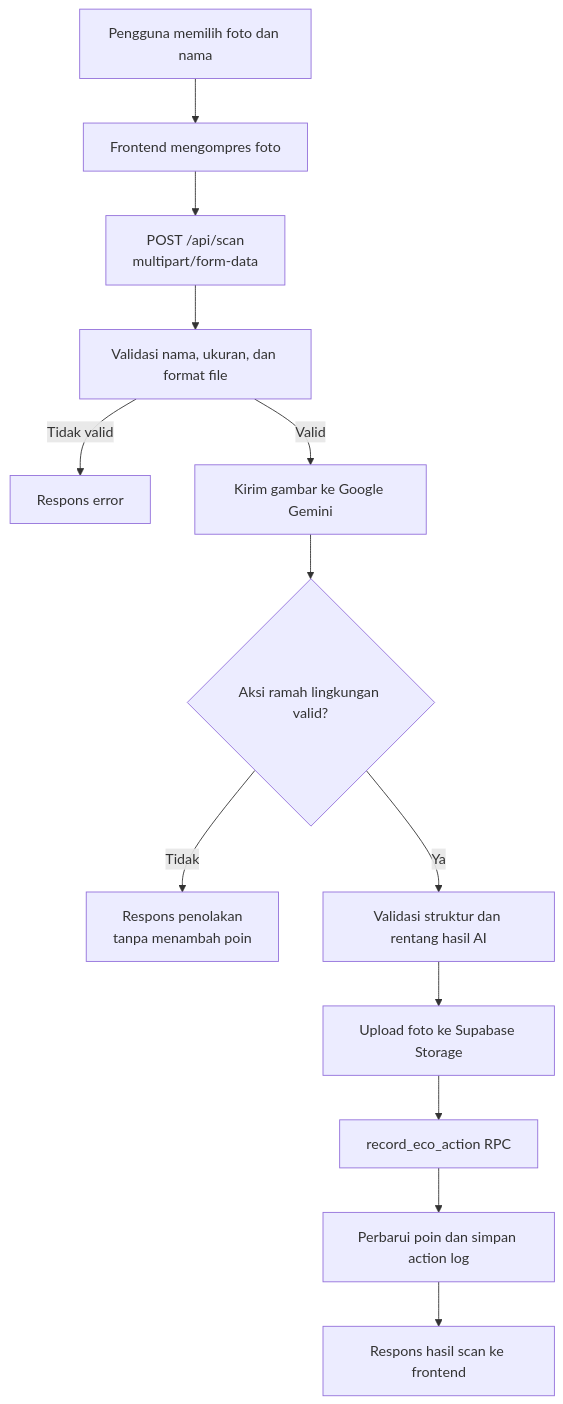
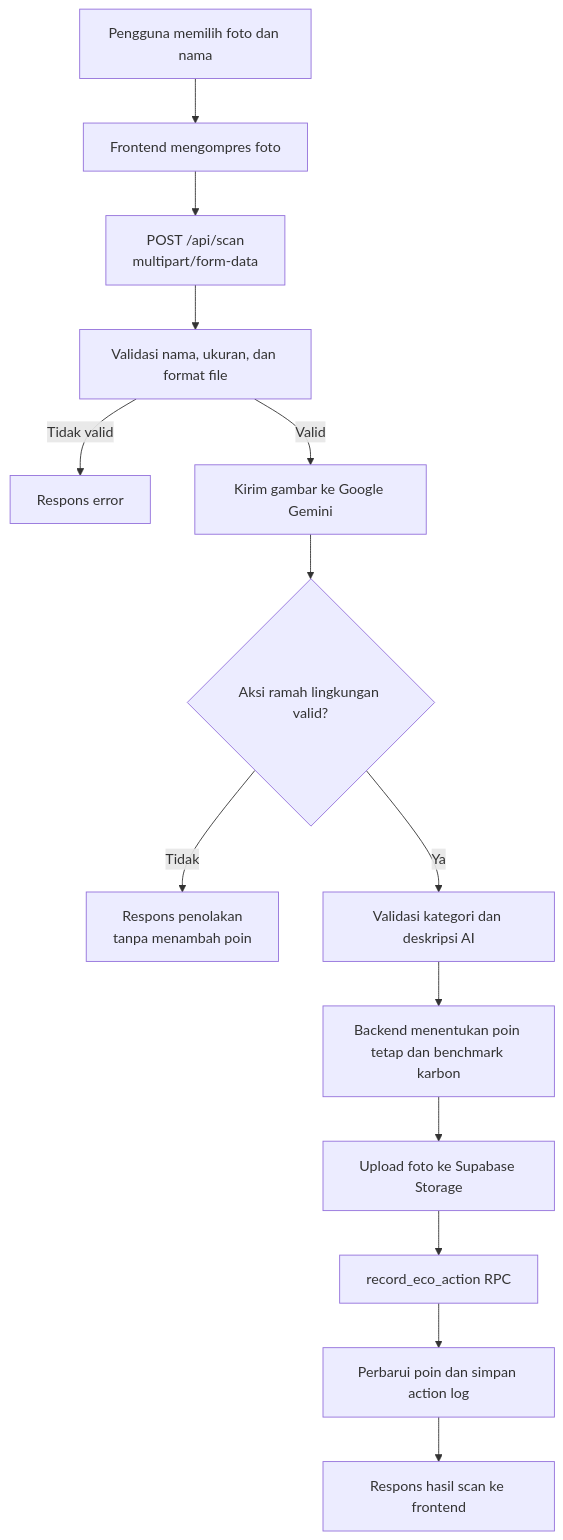
Before and after one commit to yosefin05/ecopassport: the second of 2 diagrams in README.md, drawn with Mermaid. The commit also changed other lines of this file and 6 other files, not shown here.

````diff
--- a/README.md
+++ b/README.md
@@ -86,15 +86,16 @@
 ```mermaid
 flowchart TD
     A[Pengguna memilih foto dan nama] --> B[Frontend mengompres foto]
     B --> C[POST /api/scan<br/>multipart/form-data]
     C --> D[Validasi nama, ukuran, dan format file]
     D -->|Tidak valid| E[Respons error]
     D -->|Valid| F[Kirim gambar ke Google Gemini]
     F --> G{Aksi ramah lingkungan valid?}
     G -->|Tidak| H[Respons penolakan<br/>tanpa menambah poin]
-    G -->|Ya| I[Validasi struktur dan rentang hasil AI]
-    I --> J[Upload foto ke Supabase Storage]
-    J --> K[record_eco_action RPC]
-    K --> L[Perbarui poin dan simpan action log]
-    L --> M[Respons hasil scan ke frontend]
+    G -->|Ya| I[Validasi kategori dan deskripsi AI]
+    I --> J[Backend menentukan poin tetap dan benchmark karbon]
+    J --> K[Upload foto ke Supabase Storage]
+    K --> L[record_eco_action RPC]
+    L --> M[Perbarui poin dan simpan action log]
+    M --> N[Respons hasil scan ke frontend]
 ```
````
